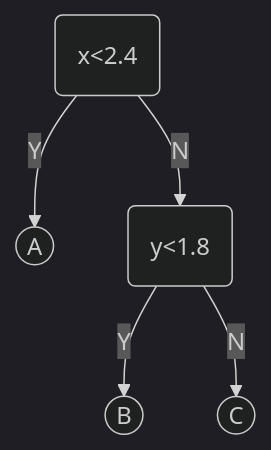
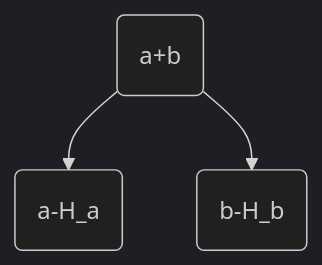
Before and after one commit to hughxusu/lesson-ai: the second of 5 diagrams in docs/b-base/09-决策树.md, drawn with Mermaid (dark theme). The commit also changed other lines of this file and 9 other files, not shown here.

````diff
--- a/docs/b-base/09-决策树.md
+++ b/docs/b-base/09-决策树.md
@@ -80,8 +69,5 @@
 ```mermaid
 flowchart TB
-		z(x<2.4)--Y-->a((A))
-		z--N-->b(y<1.8)
-		b--Y-->d((B))
-		b--N-->e((C))
-	
+		z(a+b)-->a(a-H_a)
+		z-->b(b-H_b)
 ```
````
